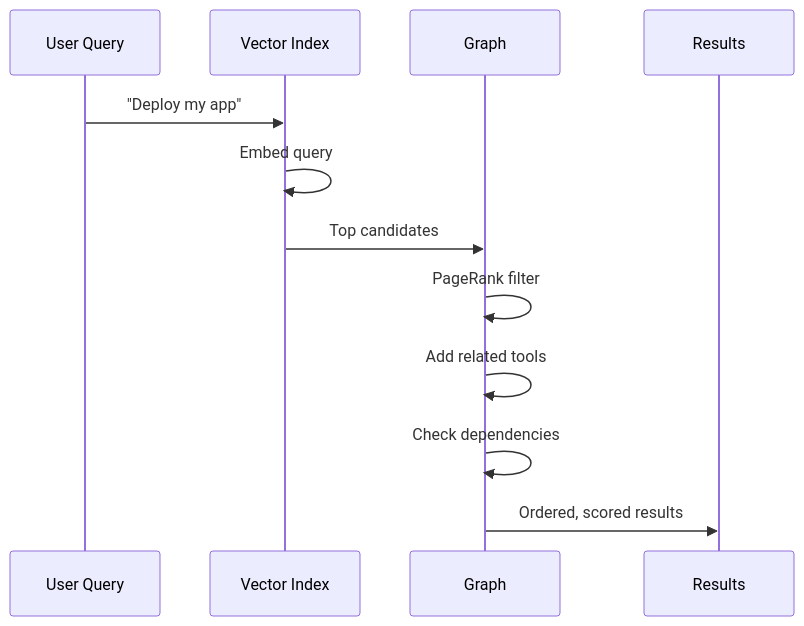
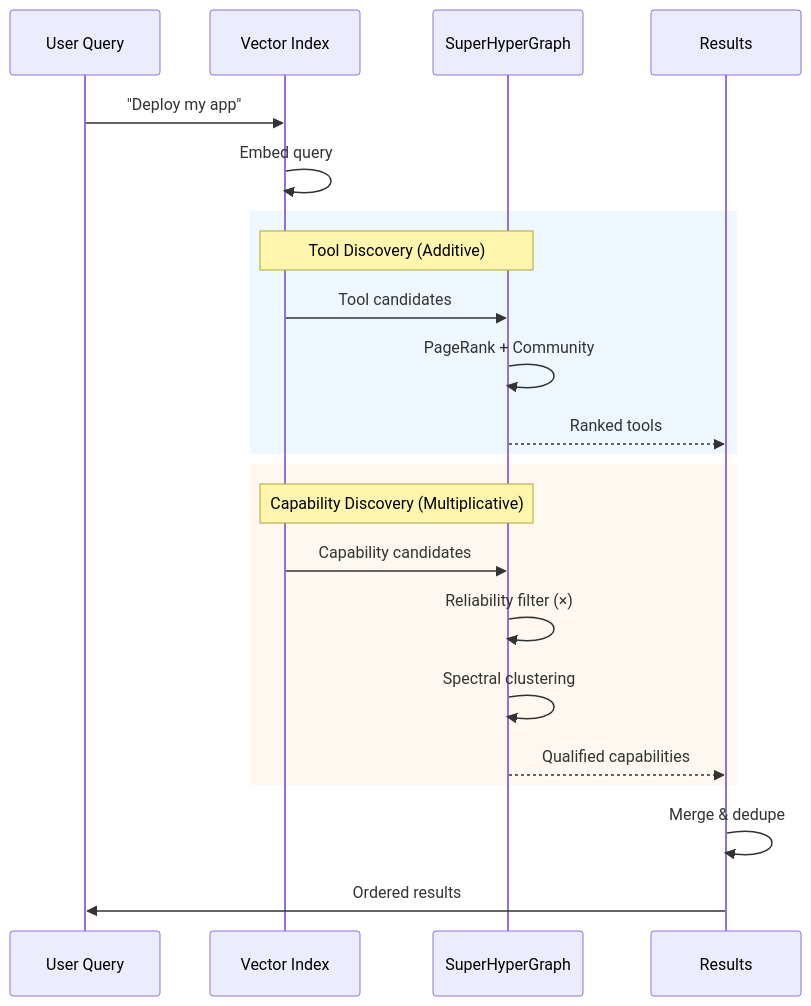
The fourth of 4 diagrams in src/web/posts/2025-12-18-graphrag-vs-vectorrag.md (Casys-AI/casys-pml), drawn with Mermaid before and after one commit. The commit also changed other lines of this file and 9 other files, not shown here.

````diff
--- a/src/web/posts/2025-12-18-graphrag-vs-vectorrag.md
+++ b/src/web/posts/2025-12-18-graphrag-vs-vectorrag.md
@@ -129,15 +260,28 @@
 ```mermaid
 sequenceDiagram
     participant U as User Query
     participant V as Vector Index
-    participant G as Graph
+    participant G as SuperHyperGraph
     participant R as Results
 
     U->>V: "Deploy my app"
     V->>V: Embed query
-    V->>G: Top candidates
-    G->>G: PageRank filter
-    G->>G: Add related tools
-    G->>G: Check dependencies
-    G->>R: Ordered, scored results
+
+    rect rgb(240, 248, 255)
+        Note over V,G: Tool Discovery (Additive)
+        V->>G: Tool candidates
+        G->>G: PageRank + Community
+        G-->>R: Ranked tools
+    end
+
+    rect rgb(255, 248, 240)
+        Note over V,G: Capability Discovery (Multiplicative)
+        V->>G: Capability candidates
+        G->>G: Reliability filter (×)
+        G->>G: Spectral clustering
+        G-->>R: Qualified capabilities
+    end
+
+    R->>R: Merge & dedupe
+    R->>U: Ordered results
 ```
````
